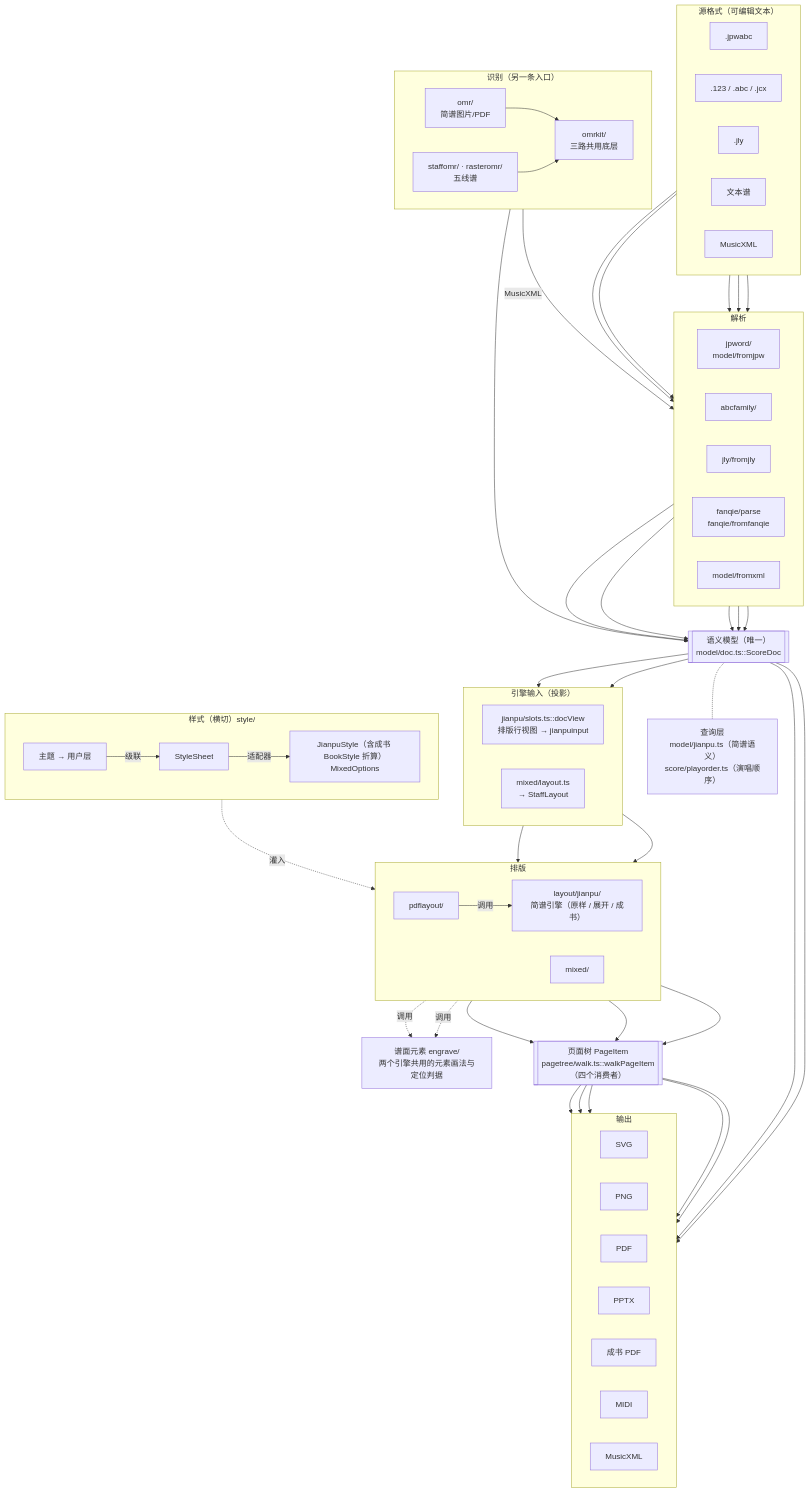
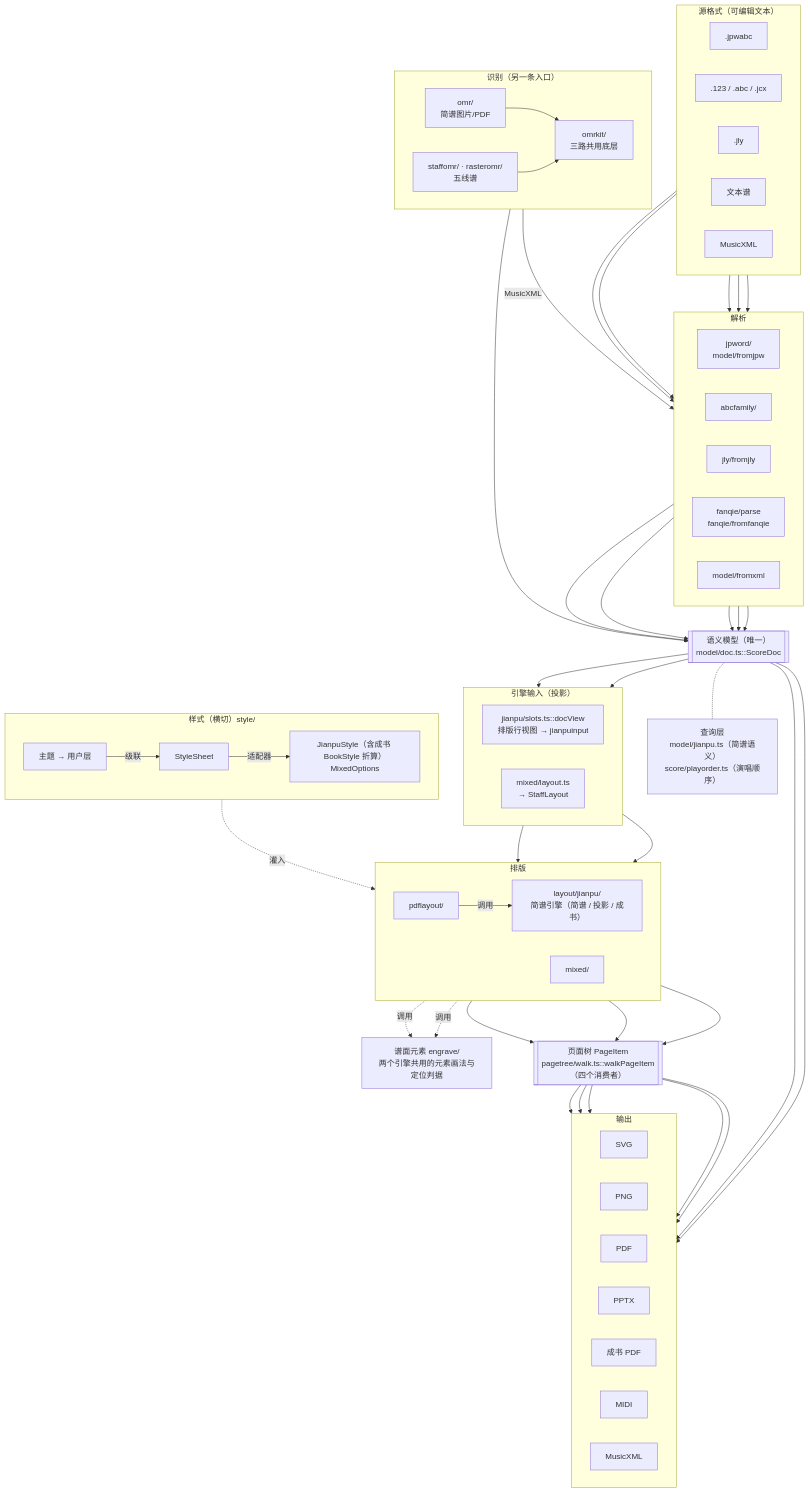
The diagram in docs/架构.md (lodebar2026/dolce), drawn with Mermaid before and after one commit. The commit also changed other lines of this file and 99 other files, not shown here.

Commit message:
视图档改名：展开→投影、原样→简谱（四档为 简谱 / 投影 / 五线谱 / 混排；英文 Jianpu / Projection）；文档与注释同步，模块页改名 排版-投影与简谱两档.md；分行注释里的「原样」改称「原始排版」

```diff
--- a/docs/架构.md
+++ b/docs/架构.md
@@ -83,7 +83,7 @@
 
   subgraph LAYOUT["排版"]
     direction LR
-    ljp["layout/jianpu/<br/>简谱引擎（原样 / 展开 / 成书）"]
+    ljp["layout/jianpu/<br/>简谱引擎（简谱 / 投影 / 成书）"]
     lmx["mixed/"]
     lbook["pdflayout/"]
   end
```
